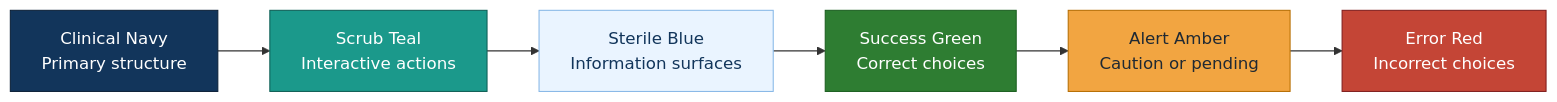
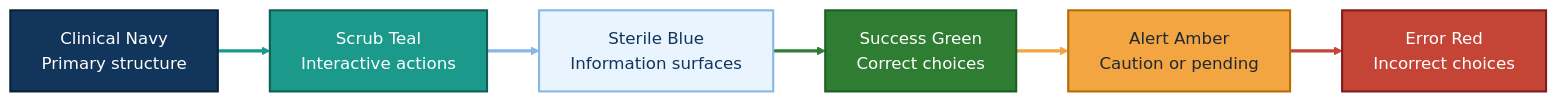
Before and after one commit to djdcybersecurity/vr-healthcare-simulator: the first of 10 diagrams in README.md, drawn with Mermaid. The commit also changed other lines of this file, not shown here.

Commit message:
Improve README Mermaid diagrams

````diff
--- a/README.md
+++ b/README.md
@@ -102,29 +102,36 @@
 ```mermaid
+%%{init: {'theme': 'base', 'themeVariables': { 'primaryColor': '#EAF4FF', 'primaryTextColor': '#1F2933', 'primaryBorderColor': '#1B998B', 'lineColor': '#5C677D', 'fontFamily': 'Arial'}}}%%
 flowchart LR
     navy["Clinical Navy<br/>Primary structure"]
     teal["Scrub Teal<br/>Interactive actions"]
     blue["Sterile Blue<br/>Information surfaces"]
     green["Success Green<br/>Correct choices"]
     amber["Alert Amber<br/>Caution or pending"]
     red["Error Red<br/>Incorrect choices"]
 
     navy --> teal
     teal --> blue
     blue --> green
     green --> amber
     amber --> red
 
     class navy navyClass;
     class teal tealClass;
     class blue blueClass;
     class green greenClass;
     class amber amberClass;
     class red redClass;
 
-    classDef navyClass fill:#12355B,color:#FFFFFF,stroke:#0B2038,stroke-width:1px;
-    classDef tealClass fill:#1B998B,color:#FFFFFF,stroke:#0E5E55,stroke-width:1px;
-    classDef blueClass fill:#EAF4FF,color:#12355B,stroke:#86B7E7,stroke-width:1px;
-    classDef greenClass fill:#2E7D32,color:#FFFFFF,stroke:#1B5E20,stroke-width:1px;
-    classDef amberClass fill:#F2A541,color:#1F2933,stroke:#B66D00,stroke-width:1px;
-    classDef redClass fill:#C44536,color:#FFFFFF,stroke:#7F1D1D,stroke-width:1px;
+    classDef navyClass fill:#12355B,color:#FFFFFF,stroke:#0B2038,stroke-width:2px;
+    classDef tealClass fill:#1B998B,color:#FFFFFF,stroke:#0E5E55,stroke-width:2px;
+    classDef blueClass fill:#EAF4FF,color:#12355B,stroke:#86B7E7,stroke-width:2px;
+    classDef greenClass fill:#2E7D32,color:#FFFFFF,stroke:#1B5E20,stroke-width:2px;
+    classDef amberClass fill:#F2A541,color:#1F2933,stroke:#B66D00,stroke-width:2px;
+    classDef redClass fill:#C44536,color:#FFFFFF,stroke:#7F1D1D,stroke-width:2px;
+
+    linkStyle 0 stroke:#1B998B,stroke-width:3px;
+    linkStyle 1 stroke:#86B7E7,stroke-width:3px;
+    linkStyle 2 stroke:#2E7D32,stroke-width:3px;
+    linkStyle 3 stroke:#F2A541,stroke-width:3px;
+    linkStyle 4 stroke:#C44536,stroke-width:3px;
 ```
````
